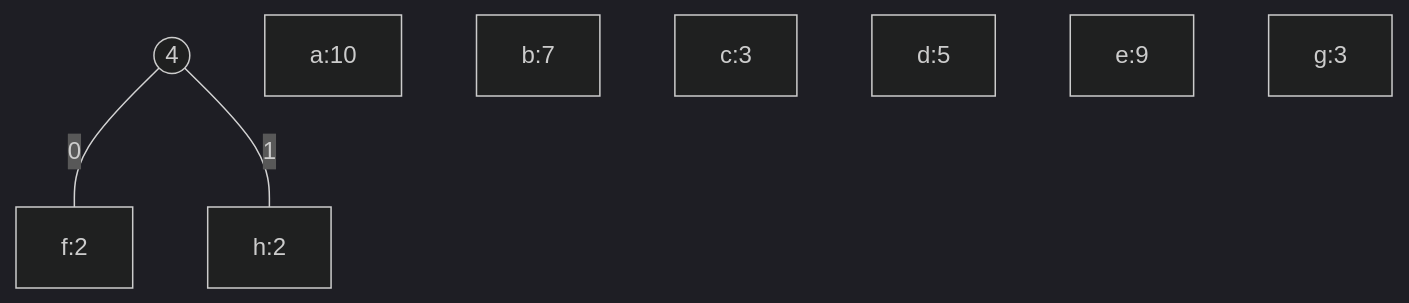
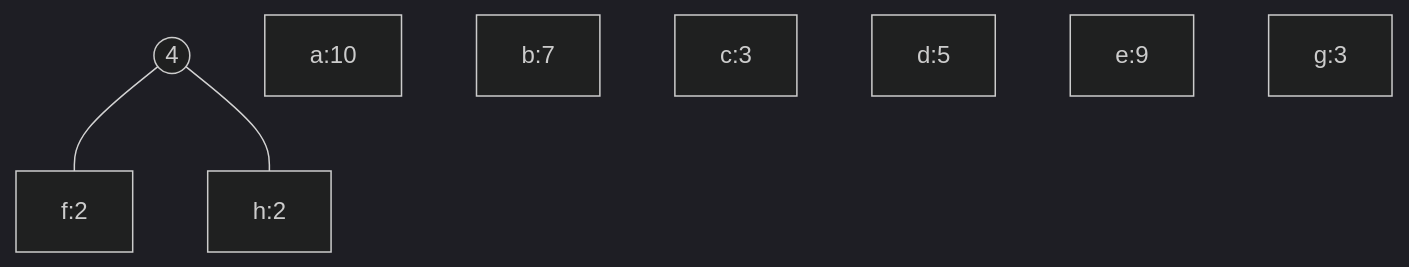
One commit to rdimartino/algorithms-hw changed the second of 8 diagrams in 04/assignment4.md. Above: the diagram before and after it, drawn with Mermaid (dark theme). The commit also changed other lines of this file and 1 other file, not shown here.

````diff
--- a/04/assignment4.md
+++ b/04/assignment4.md
@@ -63,15 +63,15 @@
 	```mermaid
     graph TD
         %% stage 1
-        n1((4))---|0|f:2
-        n1---|1|h:2
+        n1((4))---f:2
+        n1---h:2
 
         %% unallocated
         a:10
         b:7
         c:3
         d:5
         e:9
         f:2
         g:3
   ```
````
